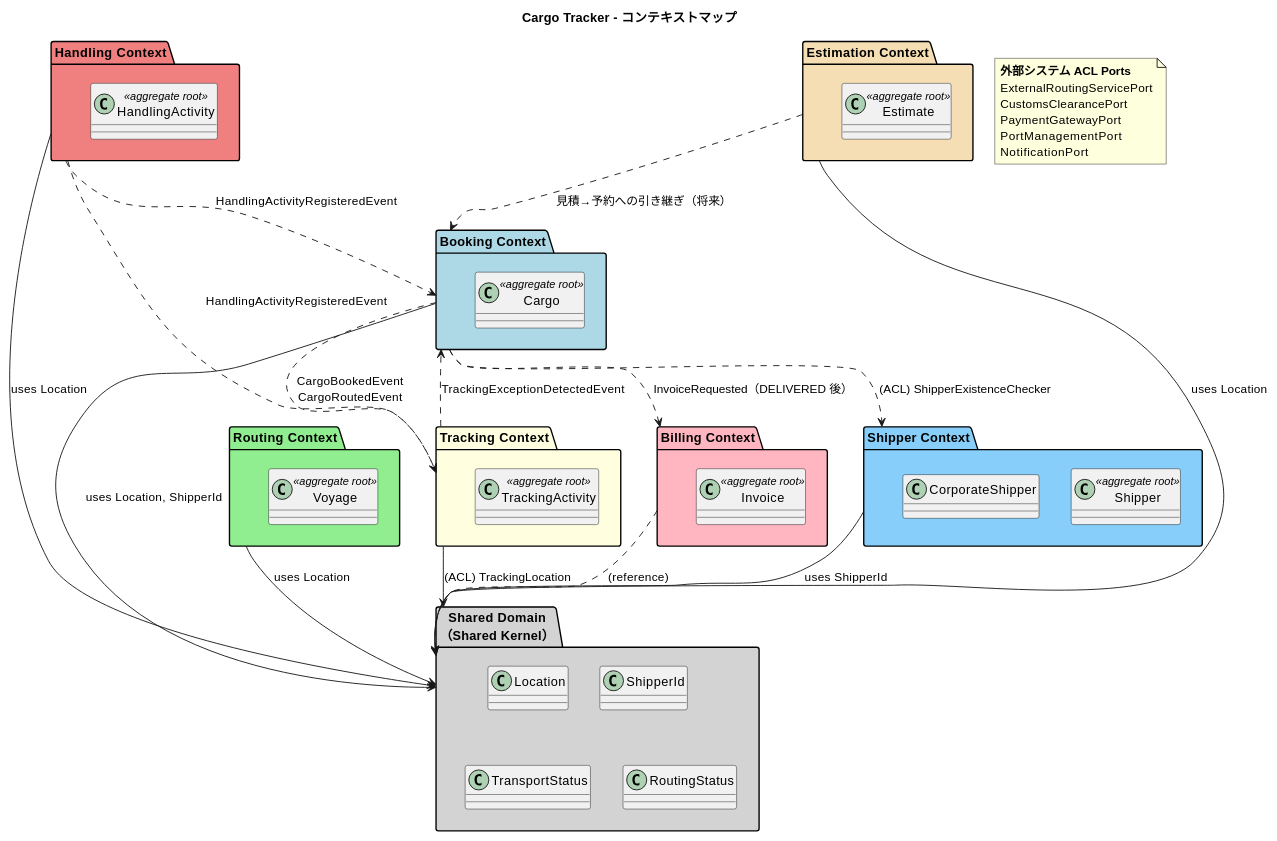
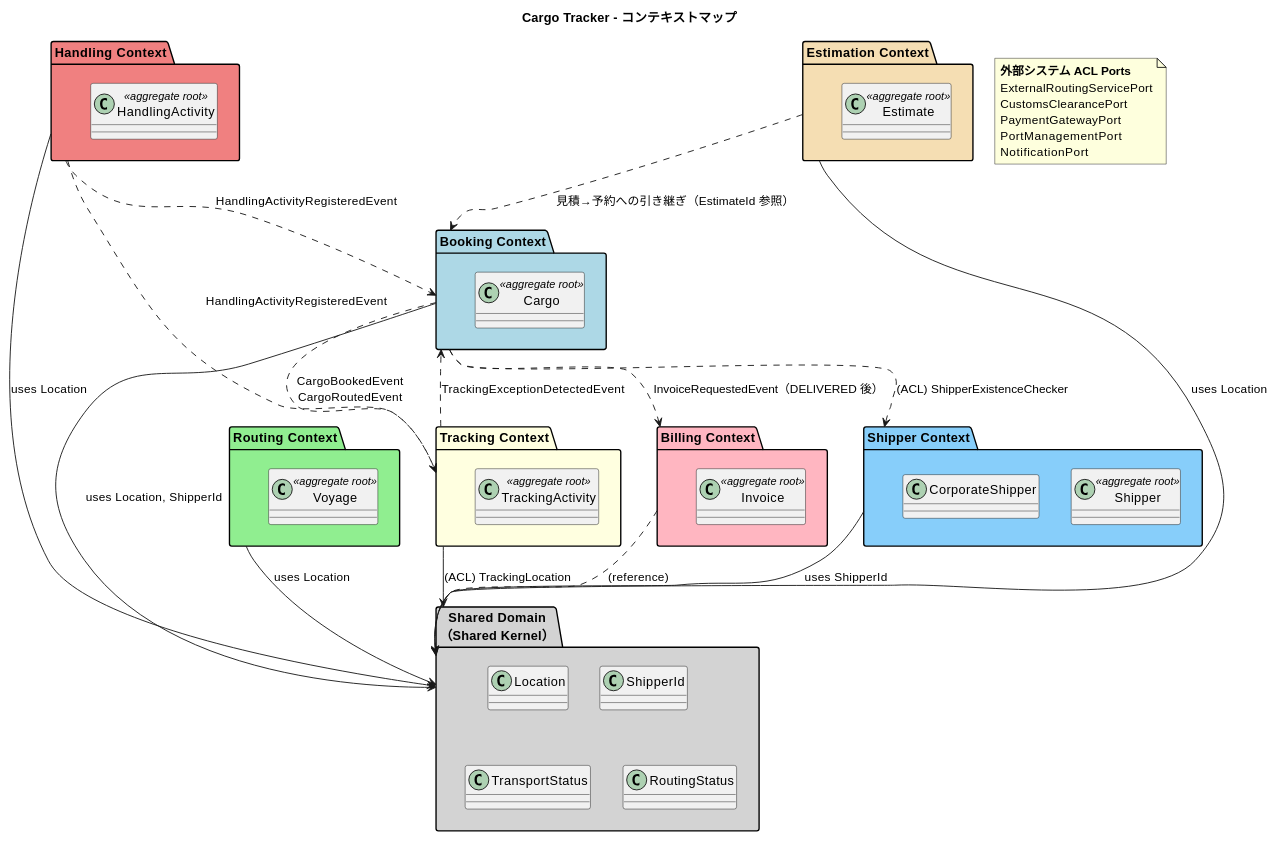
Before and after one commit to k2works/case-study-cargo-tracker: the second of 11 diagrams in docs/design/domain-model.md, drawn with PlantUML. The commit also changed other lines of this file and 8 other files, not shown here.

````diff
--- a/docs/design/domain-model.md
+++ b/docs/design/domain-model.md
@@ -106,67 +106,67 @@
 ```plantuml
 @startuml
 title Cargo Tracker - コンテキストマップ
 
 package "Booking Context" as booking #lightblue {
   class Cargo <<aggregate root>>
 }
 
 package "Shipper Context" as shipper #lightskyblue {
   class Shipper <<aggregate root>>
   class CorporateShipper
 }
 
 package "Routing Context" as routing #lightgreen {
   class Voyage <<aggregate root>>
 }
 
 package "Tracking Context" as tracking #lightyellow {
   class TrackingActivity <<aggregate root>>
 }
 
 package "Handling Context" as handling #lightcoral {
   class HandlingActivity <<aggregate root>>
 }
 
 package "Billing Context" as billing #lightpink {
   class Invoice <<aggregate root>>
 }
 
 package "Estimation Context" as estimation #wheat {
   class Estimate <<aggregate root>>
 }
 
 package "Shared Domain\n（Shared Kernel）" as shared #lightgray {
   class Location
   class ShipperId
   class TransportStatus
   class RoutingStatus
 }
 
 booking --> shared : uses Location, ShipperId
 booking ..> shipper : (ACL) ShipperExistenceChecker
 shipper --> shared : uses ShipperId
 routing --> shared : uses Location
 tracking --> shared : (ACL) TrackingLocation
 handling --> shared : uses Location
 
 booking ..> tracking : CargoBookedEvent\nCargoRoutedEvent
 handling ..> tracking : HandlingActivityRegisteredEvent
 handling ..> booking : HandlingActivityRegisteredEvent
 tracking ..> booking : TrackingExceptionDetectedEvent
-booking ..> billing : InvoiceRequested（DELIVERED 後）
+booking ..> billing : InvoiceRequestedEvent（DELIVERED 後）
 billing ..> shared : (reference)
 estimation --> shared : uses Location
-estimation ..> booking : 見積→予約への引き継ぎ（将来）
+estimation ..> booking : 見積→予約への引き継ぎ（EstimateId 参照）
 
 note as ACL_NOTE
   **外部システム ACL Ports**
   ExternalRoutingServicePort
   CustomsClearancePort
   PaymentGatewayPort
   PortManagementPort
   NotificationPort
 end note
 
 @enduml
 ```
````
